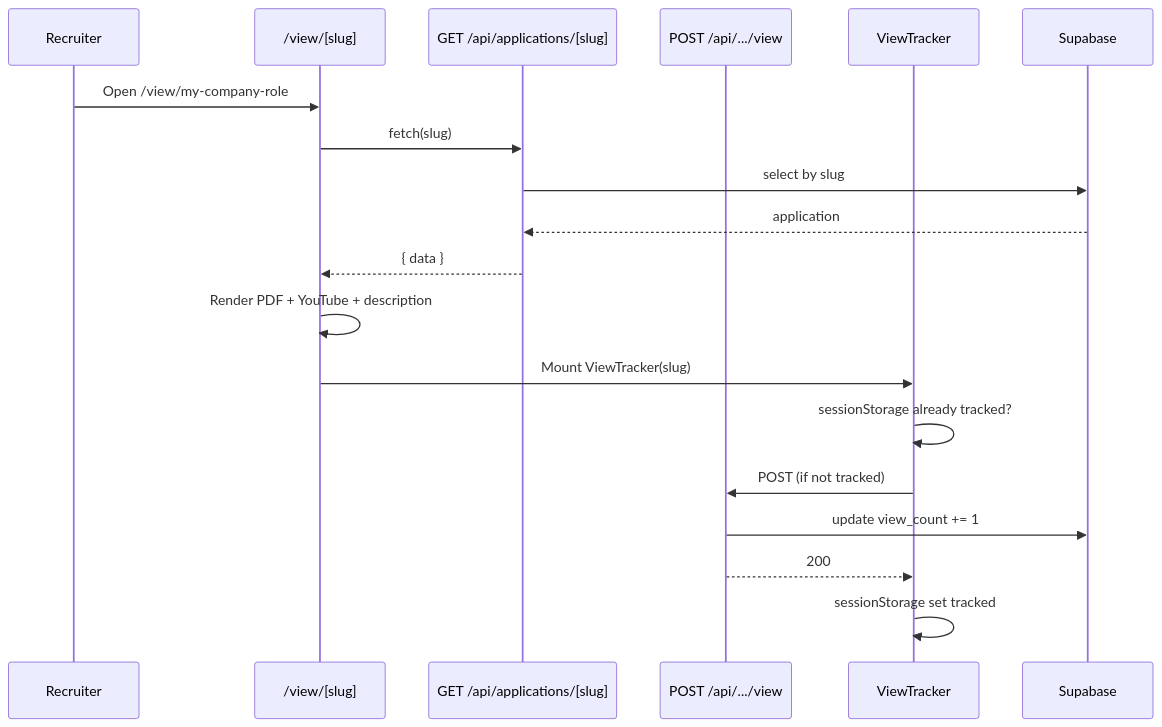
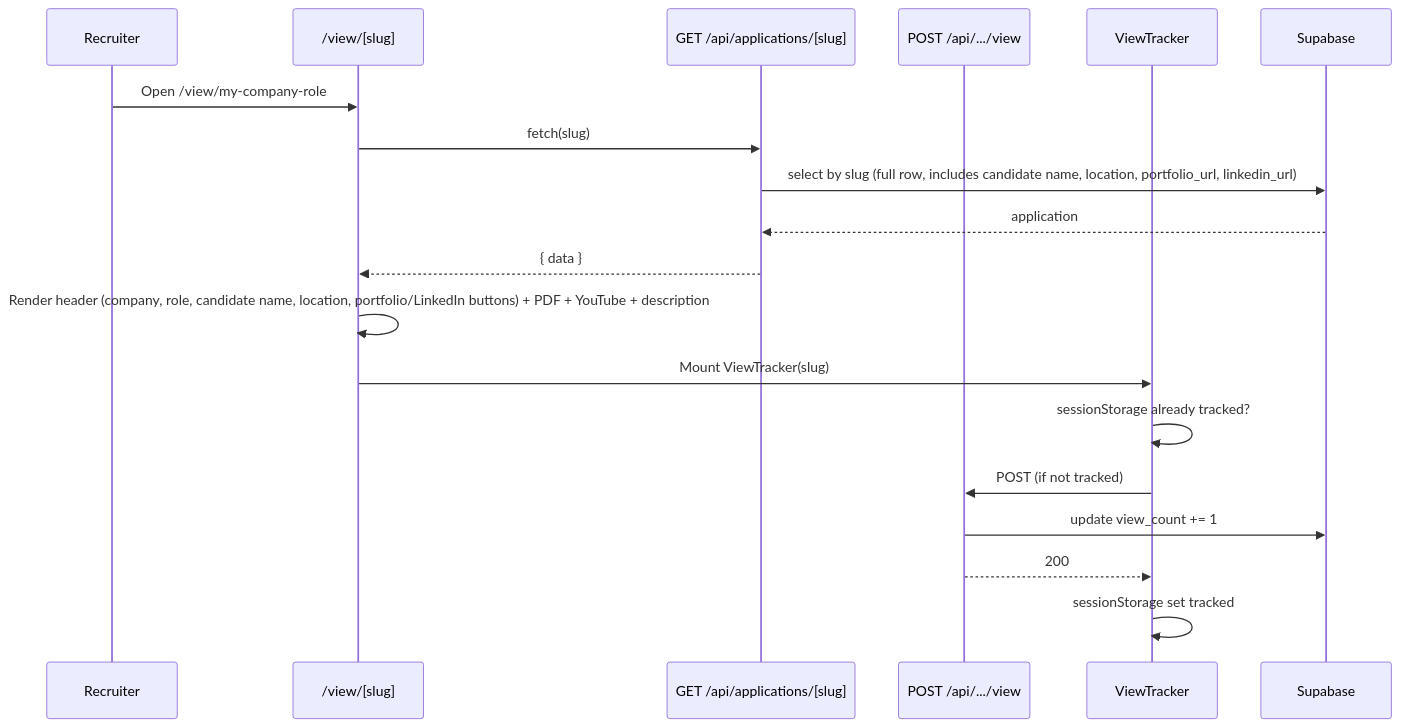
Before and after one commit to joan-gerard/my-hire-view: the fifth of 5 diagrams in docs/ARCHITECTURE.md, drawn with Mermaid. The commit also changed other lines of this file and 11 other files, not shown here.

````diff
--- a/docs/ARCHITECTURE.md
+++ b/docs/ARCHITECTURE.md
@@ -280,22 +296,22 @@
 ```mermaid
 sequenceDiagram
   participant R as Recruiter
   participant Page as /view/[slug]
   participant SlugAPI as GET /api/applications/[slug]
   participant ViewAPI as POST /api/.../view
   participant VT as ViewTracker
   participant Supa as Supabase
 
   R->>Page: Open /view/my-company-role
   Page->>SlugAPI: fetch(slug)
-  SlugAPI->>Supa: select by slug
+  SlugAPI->>Supa: select by slug (full row, includes candidate name, location, portfolio_url, linkedin_url)
   Supa-->>SlugAPI: application
   SlugAPI-->>Page: { data }
-  Page->>Page: Render PDF + YouTube + description
+  Page->>Page: Render header (company, role, candidate name, location, portfolio/LinkedIn buttons) + PDF + YouTube + description
   Page->>VT: Mount ViewTracker(slug)
   VT->>VT: sessionStorage already tracked?
   VT->>ViewAPI: POST (if not tracked)
   ViewAPI->>Supa: update view_count += 1
   ViewAPI-->>VT: 200
   VT->>VT: sessionStorage set tracked
 ```
````
